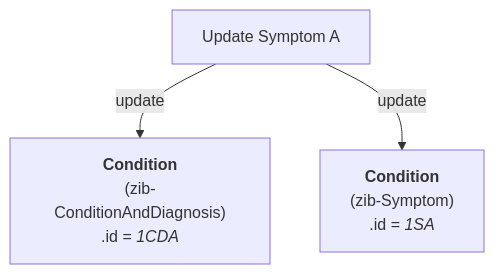
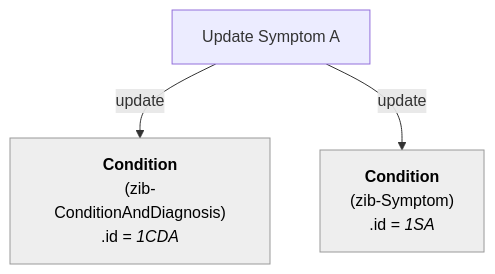
Before and after one commit to Nictiz/Nictiz-R4-zib2024: the fifth of 8 diagrams in documentation/Condition-Diagnosis-Symptom.md, drawn with Mermaid. The commit also changed other lines of this file and 5 other files, not shown here.

````diff
--- a/documentation/Condition-Diagnosis-Symptom.md
+++ b/documentation/Condition-Diagnosis-Symptom.md
@@ -123,14 +138,18 @@
 ```mermaid
 flowchart TB
 
 UpdateSymptom_A["`Update Symptom A`"]
     CD_A["`**Condition**
         (zib-ConditionAndDiagnosis)
         .id = _1CDA_`"] 
     S_A["`**Condition**
         (zib-Symptom)
         .id = _1SA_`"]
+    
+    S_A:::Ash
+    CD_A:::Ash
+    classDef Ash stroke-width:1px, stroke-dasharray:none, stroke:#999999, fill:#EEEEEE, color:#000000
 
 UpdateSymptom_A -- update --> CD_A
 UpdateSymptom_A -- update --> S_A
 ```
````
